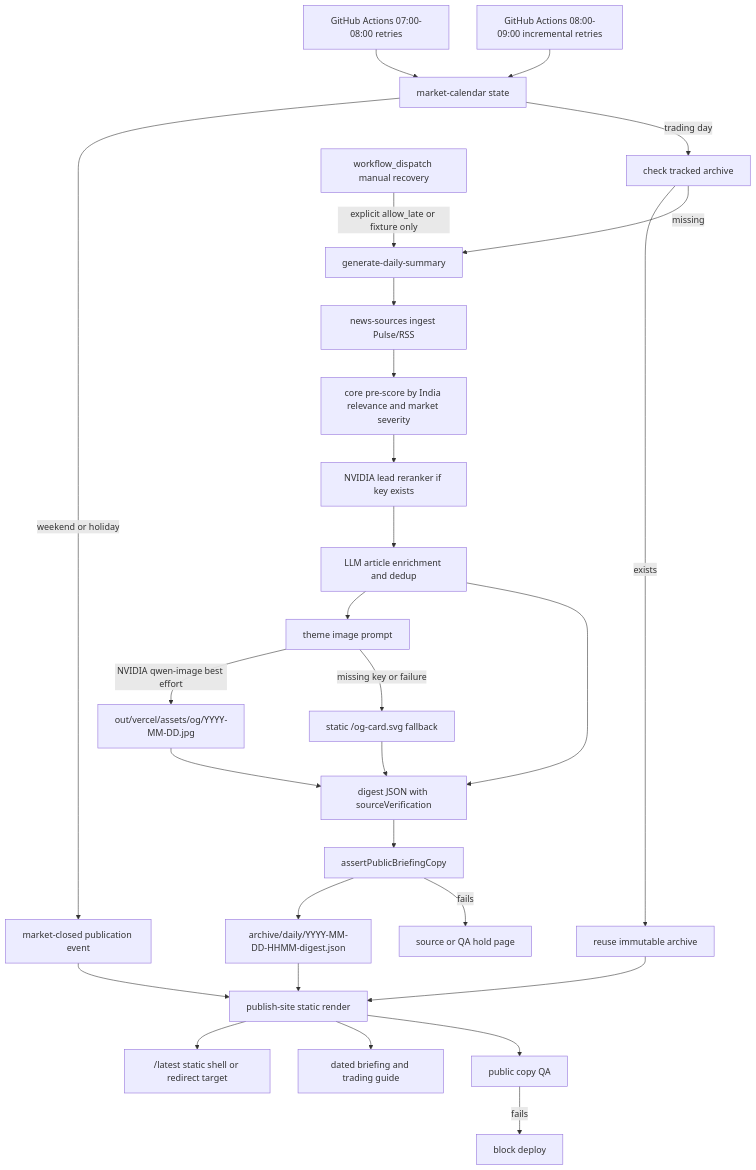
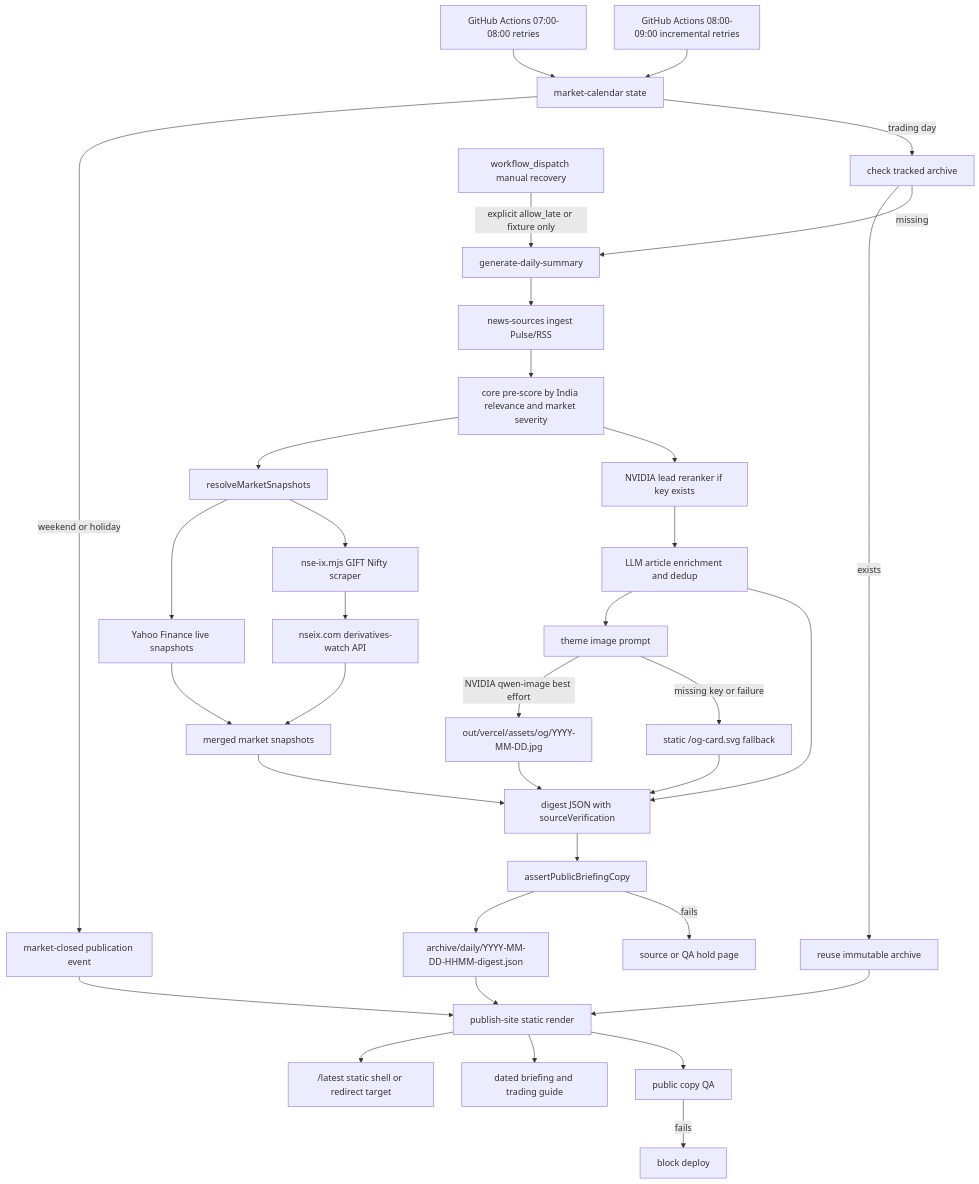
One commit to Abheydeep/marketNews changed the diagram in context/architecture-diagrams/02-morning-briefing-pipeline.mmd. Above: the diagram before and after it, drawn with Mermaid. The commit also changed 11 other files, not shown here.

First line of the commit message:
feat: indices redesign + GIFT Nifty page + live data API

```diff
--- a/context/architecture-diagrams/02-morning-briefing-pipeline.mmd
+++ b/context/architecture-diagrams/02-morning-briefing-pipeline.mmd
@@ -1,30 +1,37 @@
 flowchart TD
   Cron["GitHub Actions 07:00-08:00 retries"] --> Calendar["market-calendar state"]
   Incremental["GitHub Actions 08:00-09:00 incremental retries"] --> Calendar
   Calendar -->|weekend or holiday| Closed["market-closed publication event"]
   Calendar -->|trading day| Existing["check tracked archive"]
   Existing -->|exists| Reuse["reuse immutable archive"]
   Existing -->|missing| Generate["generate-daily-summary"]
 
   Generate --> Sources["news-sources ingest Pulse/RSS"]
   Sources --> Score["core pre-score by India relevance and market severity"]
+  Score --> MarketData["resolveMarketSnapshots"]
+  MarketData --> Yahoo["Yahoo Finance live snapshots"]
+  MarketData --> NseIx["nse-ix.mjs GIFT Nifty scraper"]
+  NseIx --> NseIxApi["nseix.com derivatives-watch API"]
+  Yahoo --> MergedSnaps["merged market snapshots"]
+  NseIxApi --> MergedSnaps
+  MergedSnaps --> Digest
   Score --> Rerank["NVIDIA lead reranker if key exists"]
   Rerank --> Enrich["LLM article enrichment and dedup"]
   Enrich --> ImagePrompt["theme image prompt"]
   ImagePrompt -->|NVIDIA qwen-image best effort| OgAsset["out/vercel/assets/og/YYYY-MM-DD.jpg"]
   ImagePrompt -->|missing key or failure| StaticCard["static /og-card.svg fallback"]
   Enrich --> Digest["digest JSON with sourceVerification"]
   OgAsset --> Digest
   StaticCard --> Digest
   Digest --> Guard["assertPublicBriefingCopy"]
   Guard --> Archive["archive/daily/YYYY-MM-DD-HHMM-digest.json"]
   Archive --> Publish["publish-site static render"]
   Closed --> Publish
   Reuse --> Publish
   Publish --> Latest["/latest static shell or redirect target"]
   Publish --> Public["dated briefing and trading guide"]
   Publish --> QA["public copy QA"]
 
   Guard -->|fails| Hold["source or QA hold page"]
   QA -->|fails| Block["block deploy"]
   Manual["workflow_dispatch manual recovery"] -->|explicit allow_late or fixture only| Generate
```
